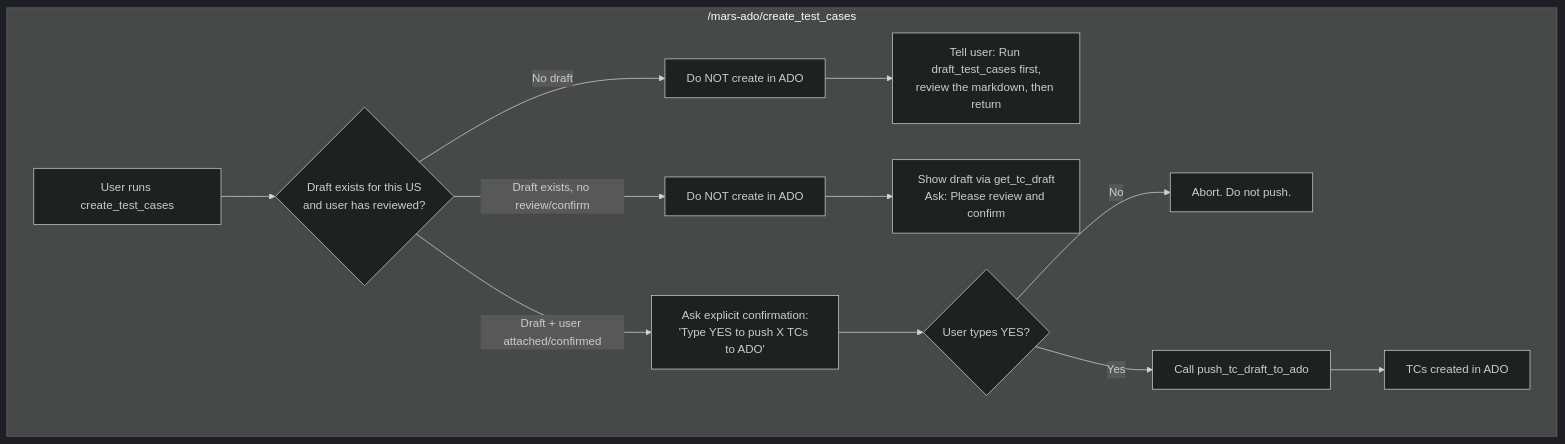
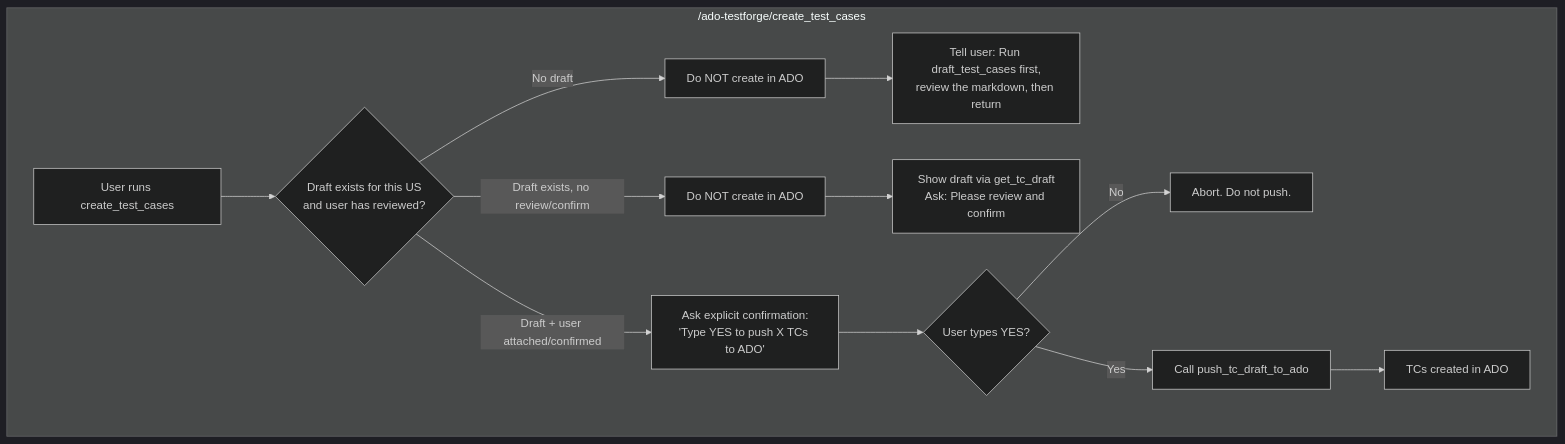
The first of 2 diagrams in .cursor/plans/tc_draft_review_workflow_efed6082.plan.md (badgujar-kavita/ado-mcp-server), drawn with Mermaid (dark theme) before and after one commit. The commit also changed other lines of this file and 20 other files, not shown here.

First line of the commit message:
Rename MCP servers to ado-testforge / setup-ado-testforge

````diff
--- a/.cursor/plans/tc_draft_review_workflow_efed6082.plan.md
+++ b/.cursor/plans/tc_draft_review_workflow_efed6082.plan.md
@@ -46,15 +46,15 @@
 ```mermaid
 flowchart TD
-    subgraph create_cmd ["/mars-ado/create_test_cases"]
+    subgraph create_cmd ["/ado-testforge/create_test_cases"]
         A["User runs create_test_cases"] --> B{"Draft exists for this US\nand user has reviewed?"}
         B -->|No draft| C["Do NOT create in ADO"]
         C --> D["Tell user: Run draft_test_cases first,\nreview the markdown, then return"]
         B -->|Draft exists, no review/confirm| E["Do NOT create in ADO"]
         E --> F["Show draft via get_tc_draft\nAsk: Please review and confirm"]
         B -->|Draft + user attached/confirmed| G["Ask explicit confirmation:\n'Type YES to push X TCs to ADO'"]
         G --> H{"User types YES?"}
         H -->|No| I["Abort. Do not push."]
         H -->|Yes| J["Call push_tc_draft_to_ado"]
         J --> K["TCs created in ADO"]
     end
 ```
````
